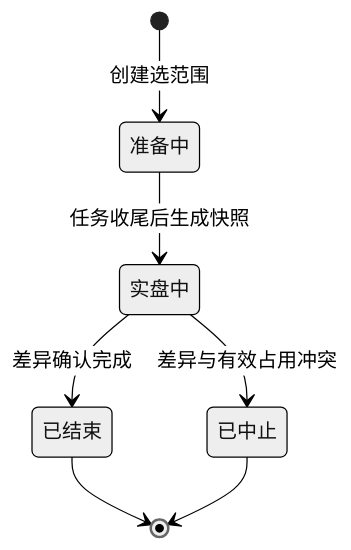
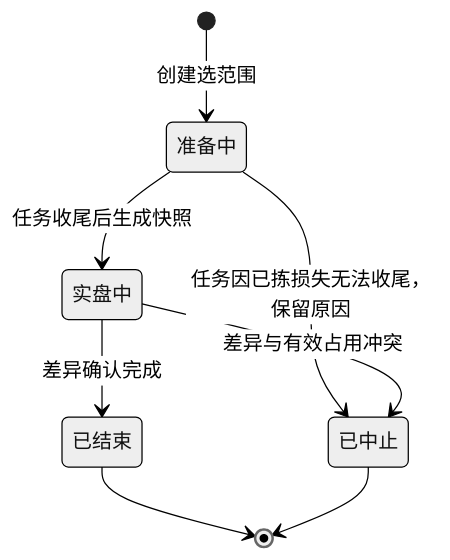
The third of 4 diagrams in 05-应用设计方案/20261002-MVP版本/系统架构设计/03-单据与状态流转.md (TopVitamin/QS-WMS-Project), drawn with Mermaid (neutral theme) before and after one commit. The commit also changed other lines of this file and 148 other files, not shown here.

````diff
--- a/05-应用设计方案/20261002-MVP版本/系统架构设计/03-单据与状态流转.md
+++ b/05-应用设计方案/20261002-MVP版本/系统架构设计/03-单据与状态流转.md
@@ -127,9 +131,10 @@
 ```mermaid
 stateDiagram-v2
     [*] --> 准备中: 创建选范围
     准备中 --> 实盘中: 任务收尾后生成快照
+    准备中 --> 已中止: 任务因已拣损失无法收尾，保留原因
     实盘中 --> 已中止: 差异与有效占用冲突
     实盘中 --> 已结束: 差异确认完成
     已结束 --> [*]
     已中止 --> [*]
 ```
````
